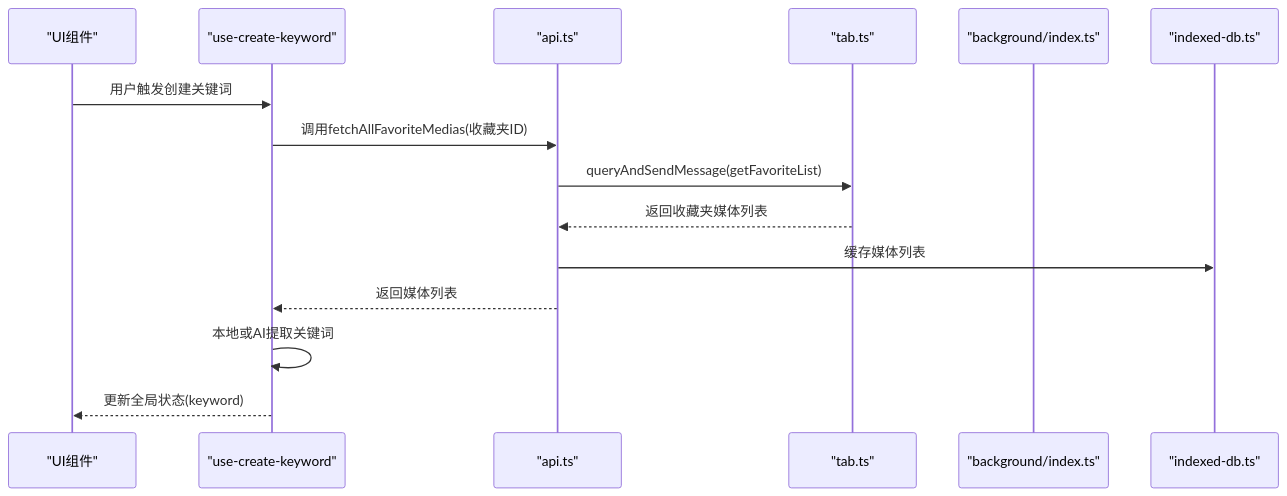
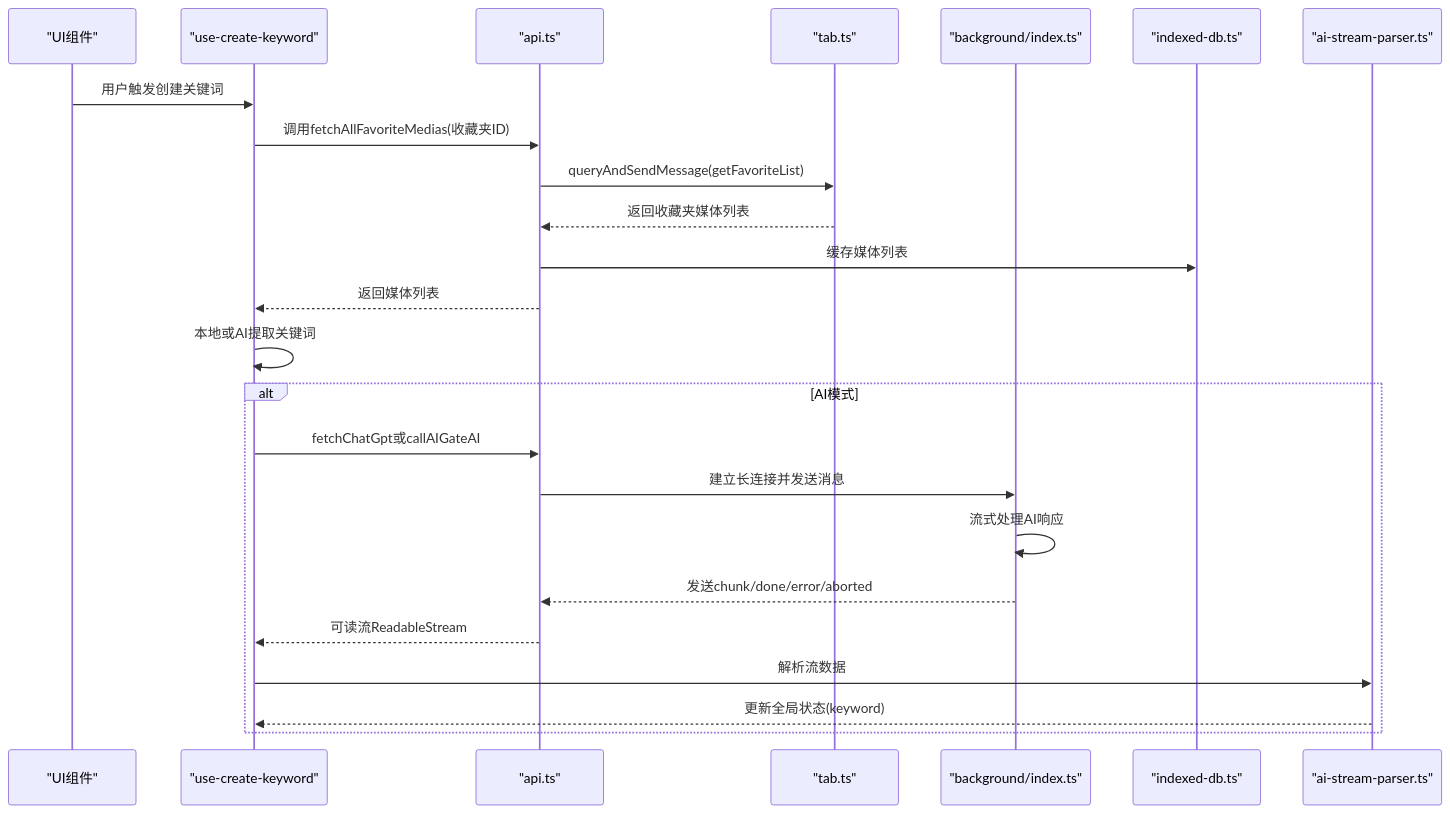
One commit to RadiumAg/bilibili-favorites changed the second of 9 diagrams in .qoder/repowiki/zh/content/API参考文档/内部工具API.md. Above: the diagram before and after it, drawn with Mermaid. The commit also changed other lines of this file and 21 other files, not shown here.

````diff
--- a/.qoder/repowiki/zh/content/API参考文档/内部工具API.md
+++ b/.qoder/repowiki/zh/content/API参考文档/内部工具API.md
@@ -124,17 +124,26 @@
 ```mermaid
 sequenceDiagram
 participant UI as "UI组件"
 participant Hook as "use-create-keyword"
 participant API as "api.ts"
 participant Tab as "tab.ts"
 participant BG as "background/index.ts"
 participant IDB as "indexed-db.ts"
+participant Parser as "ai-stream-parser.ts"
 UI->>Hook : 用户触发创建关键词
 Hook->>API : 调用fetchAllFavoriteMedias(收藏夹ID)
 API->>Tab : queryAndSendMessage(getFavoriteList)
 Tab-->>API : 返回收藏夹媒体列表
 API->>IDB : 缓存媒体列表
 API-->>Hook : 返回媒体列表
 Hook->>Hook : 本地或AI提取关键词
-Hook-->>UI : 更新全局状态(keyword)
+alt AI模式
+Hook->>API : fetchChatGpt或callAIGateAI
+API->>BG : 建立长连接并发送消息
+BG->>BG : 流式处理AI响应
+BG-->>API : 发送chunk/done/error/aborted
+API-->>Hook : 可读流ReadableStream
+Hook->>Parser : 解析流数据
+Parser-->>Hook : 更新全局状态(keyword)
+end
 ```
````
